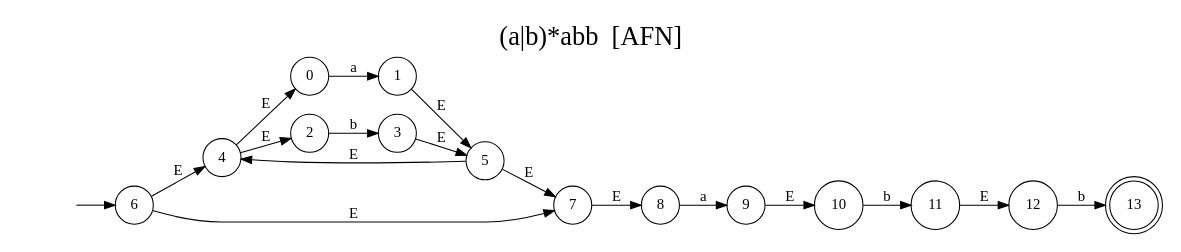
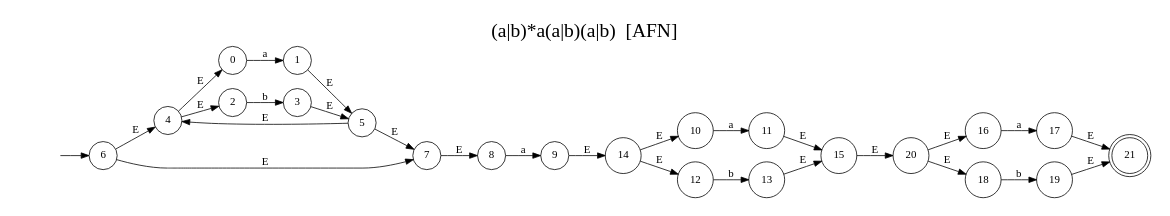
The diagram in docs/automataAFN.dot (CrisLayB/ProgrammingLanguageDesign), drawn with Graphviz before and after one commit. The commit also changed 17 other files, not shown here.

```diff
--- a/docs/automataAFN.dot
+++ b/docs/automataAFN.dot
@@ -1,30 +1,40 @@
 digraph "Resultado Automata AFN" {
-label = "(a|b)*abb  [AFN]"
-labelloc  =  t
-fontsize  = 25
-rankdir=LR size="8,5"
-node [shape=doublecircle]
-13
-node [shape=circle]
-6
-node [shape=none]
-""
-""-> 6 [label=""]
-node [shape=circle]
-0 -> 1[label="a"]
-2 -> 3[label="b"]
-4 -> 0[label="E"]
-4 -> 2[label="E"]
-1 -> 5[label="E"]
-3 -> 5[label="E"]
-5 -> 4[label="E"]
-6 -> 7[label="E"]
-6 -> 4[label="E"]
-5 -> 7[label="E"]
-8 -> 9[label="a"]
-7 -> 8[label="E"]
-10 -> 11[label="b"]
-9 -> 10[label="E"]
-12 -> 13[label="b"]
-11 -> 12[label="E"]
+	label = "(a|b)*a(a|b)(a|b)  [AFN]"
+	labelloc  =  t
+	fontsize  = 25
+	rankdir=LR size="8,5"
+	node [shape=doublecircle]
+	21
+	node [shape=circle]
+	6
+	node [shape=none]
+	""
+	""-> 6 [label=""]
+	node [shape=circle]
+	0 -> 1[label="a"]
+	2 -> 3[label="b"]
+	4 -> 0[label="E"]
+	4 -> 2[label="E"]
+	1 -> 5[label="E"]
+	3 -> 5[label="E"]
+	5 -> 4[label="E"]
+	6 -> 7[label="E"]
+	6 -> 4[label="E"]
+	5 -> 7[label="E"]
+	8 -> 9[label="a"]
+	7 -> 8[label="E"]
+	10 -> 11[label="a"]
+	12 -> 13[label="b"]
+	14 -> 10[label="E"]
+	14 -> 12[label="E"]
+	11 -> 15[label="E"]
+	13 -> 15[label="E"]
+	9 -> 14[label="E"]
+	16 -> 17[label="a"]
+	18 -> 19[label="b"]
+	20 -> 16[label="E"]
+	20 -> 18[label="E"]
+	17 -> 21[label="E"]
+	19 -> 21[label="E"]
+	15 -> 20[label="E"]
 }
```
